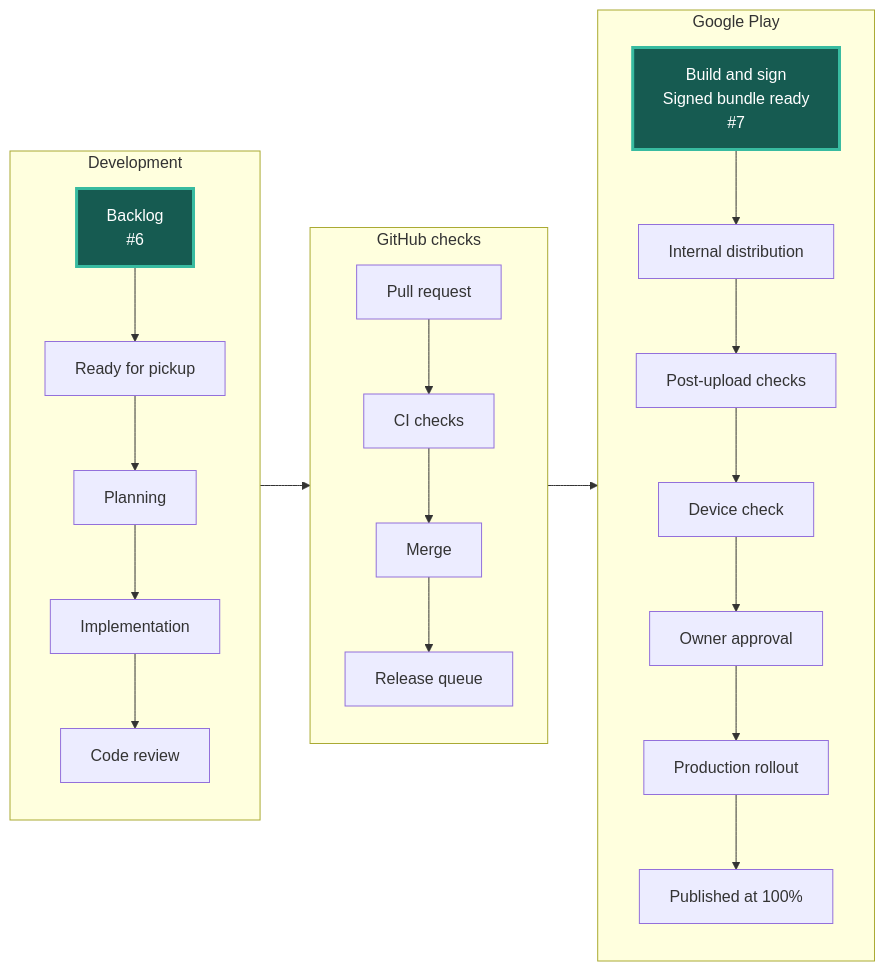
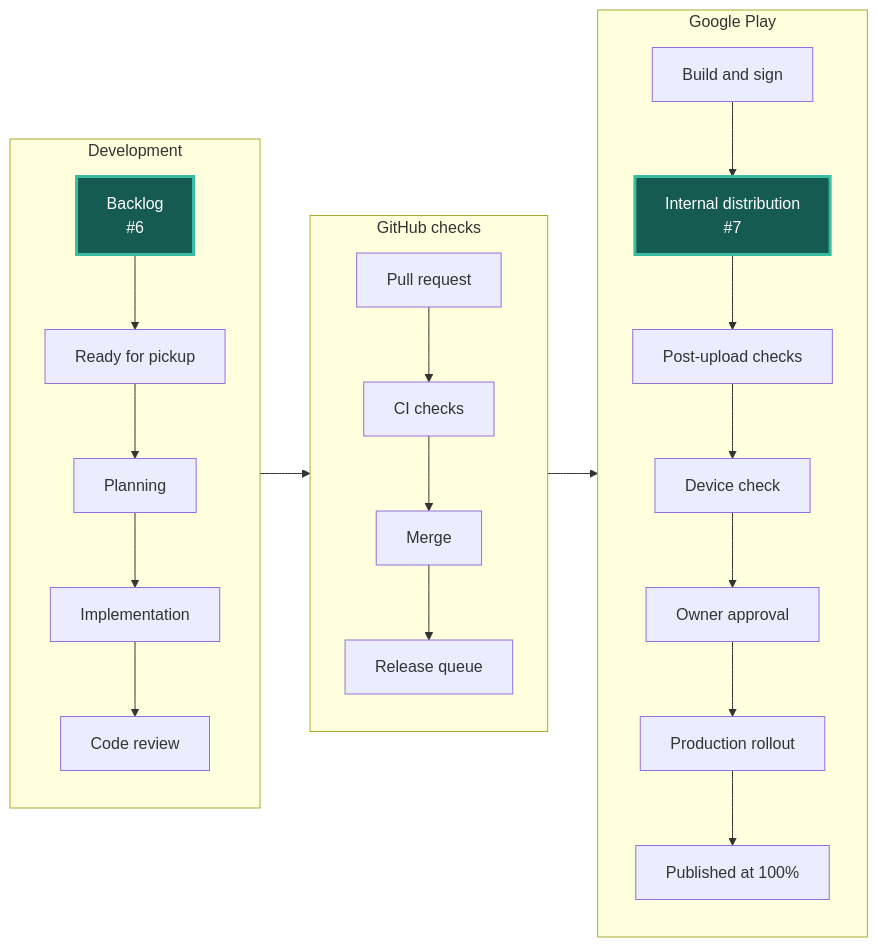
Before and after one commit to Oziomajnr/ChessTournamentManager: the diagram in STATUS.md, drawn with Mermaid. The commit also changed other lines of this file and 1 other file, not shown here.

Commit message:
Refresh issue delivery graph

````diff
--- a/STATUS.md
+++ b/STATUS.md
@@ -5,35 +5,35 @@
 ```mermaid
 flowchart LR
     accTitle: Current issue positions in the delivery workflow
     accDescr: Development flows into GitHub checks and Google Play. Each issue number appears at its current step.
     subgraph development["Development"]
         direction TB
         backlog["Backlog<br/>#6"]:::occupied
         ready["Ready for pickup"]
         plan["Planning"]
         code["Implementation"]
         review["Code review"]
         backlog --> ready --> plan --> code --> review
     end
     subgraph integration["GitHub checks"]
         direction TB
         pull["Pull request"]
         ci["CI checks"]
         merge["Merge"]
         queue["Release queue"]
         pull --> ci --> merge --> queue
     end
     subgraph distribution["Google Play"]
         direction TB
-        build["Build and sign<br/>Signed bundle ready<br/>#7"]:::occupied
-        internal["Internal distribution"]
+        build["Build and sign"]
+        internal["Internal distribution<br/>#7"]:::occupied
         reports["Post-upload checks"]
         device["Device check"]
         approval["Owner approval"]
         rollout["Production rollout"]
         published["Published at 100%"]
         build --> internal --> reports --> device --> approval --> rollout --> published
     end
     development --> integration --> distribution
     classDef occupied fill:#165b51,color:#ffffff,stroke:#38bba0,stroke-width:3px
 ```
````
